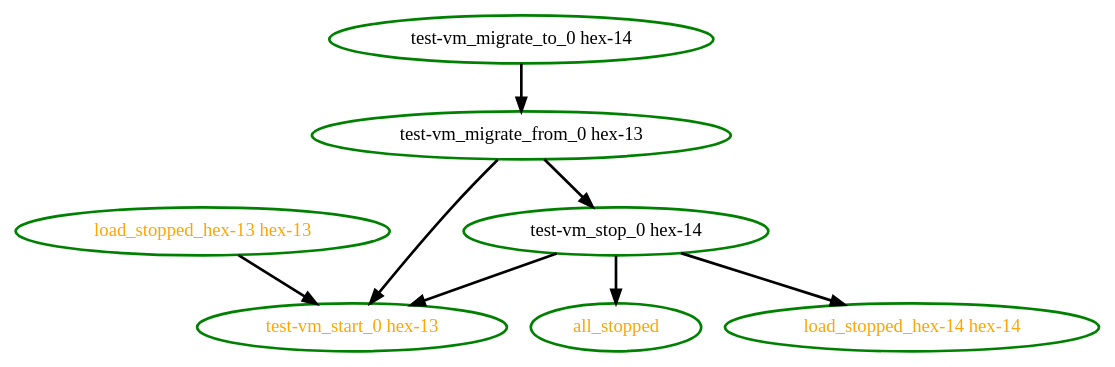
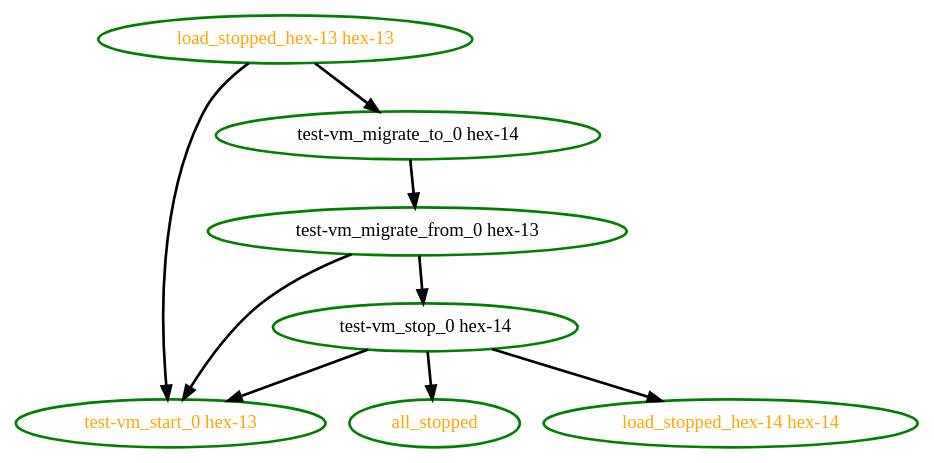
Before and after one commit to ClusterLabs/pacemaker: the diagram in pengine/test10/migrate-begin.dot, drawn with Graphviz. The commit also changed 11 other files, not shown here.

Commit message:
Test: pengine: cl#5200 - Before migrating utilization-using resources to a node, take off the load that will no longer run there if it's not introducing transition loop

```diff
--- a/pengine/test10/migrate-begin.dot
+++ b/pengine/test10/migrate-begin.dot
@@ -1,16 +1,17 @@
 digraph "g" {
 "all_stopped" [ style=bold color="green" fontcolor="orange" ]
+"load_stopped_hex-13 hex-13" -> "test-vm_migrate_to_0 hex-14" [ style = bold]
 "load_stopped_hex-13 hex-13" -> "test-vm_start_0 hex-13" [ style = bold]
 "load_stopped_hex-13 hex-13" [ style=bold color="green" fontcolor="orange" ]
 "load_stopped_hex-14 hex-14" [ style=bold color="green" fontcolor="orange" ]
 "test-vm_migrate_from_0 hex-13" -> "test-vm_start_0 hex-13" [ style = bold]
 "test-vm_migrate_from_0 hex-13" -> "test-vm_stop_0 hex-14" [ style = bold]
 "test-vm_migrate_from_0 hex-13" [ style=bold color="green" fontcolor="black" ]
 "test-vm_migrate_to_0 hex-14" -> "test-vm_migrate_from_0 hex-13" [ style = bold]
 "test-vm_migrate_to_0 hex-14" [ style=bold color="green" fontcolor="black" ]
 "test-vm_start_0 hex-13" [ style=bold color="green" fontcolor="orange" ]
 "test-vm_stop_0 hex-14" -> "all_stopped" [ style = bold]
 "test-vm_stop_0 hex-14" -> "load_stopped_hex-14 hex-14" [ style = bold]
 "test-vm_stop_0 hex-14" -> "test-vm_start_0 hex-13" [ style = bold]
 "test-vm_stop_0 hex-14" [ style=bold color="green" fontcolor="black" ]
 }
```
